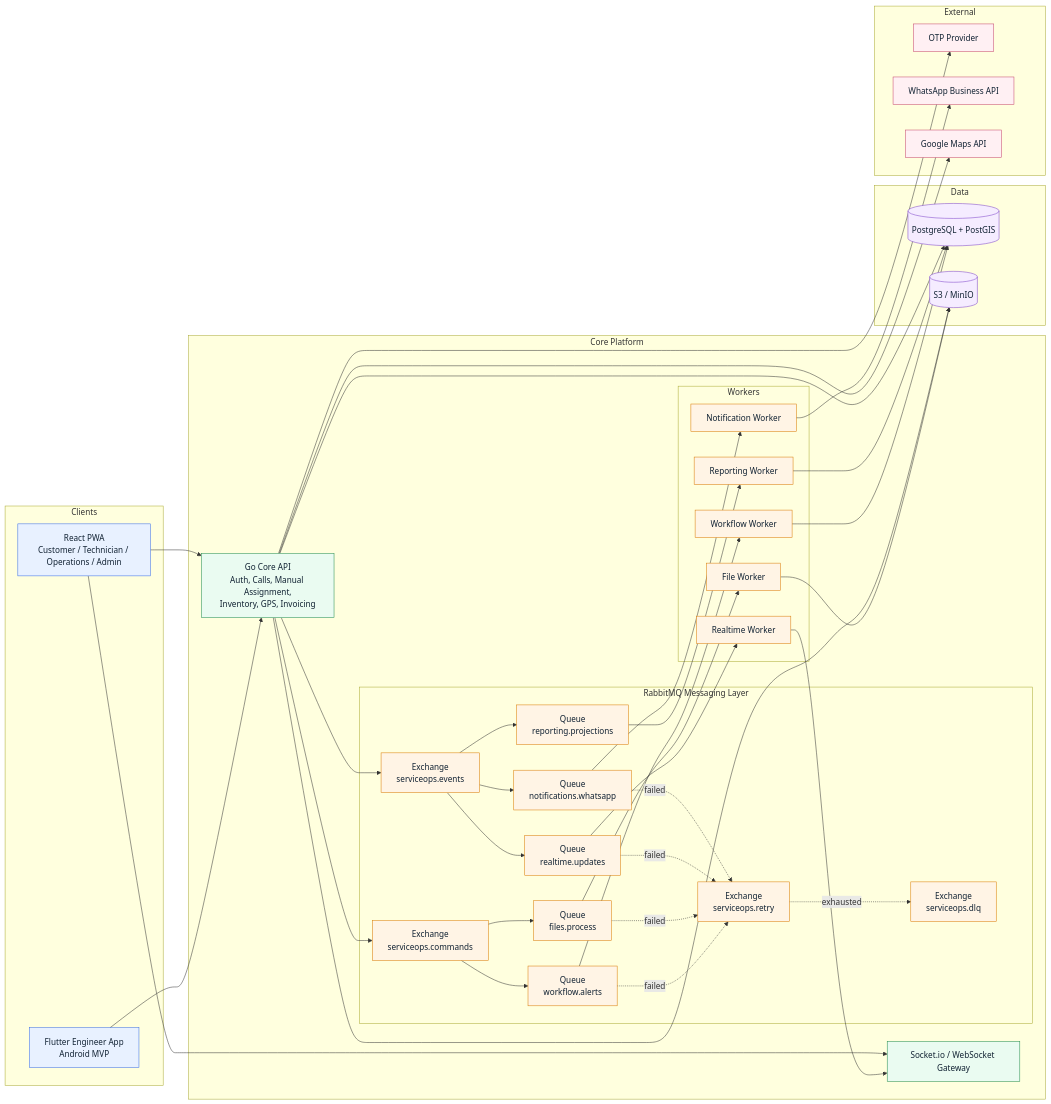
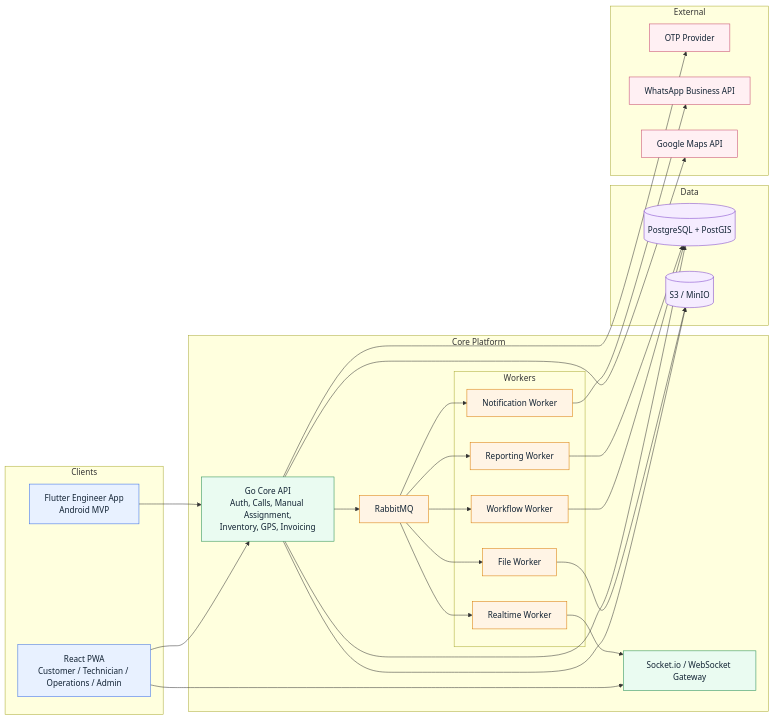
Before and after one commit to Rama12/EIPlatform1: the first of 3 diagrams in Readme.md, drawn with Mermaid. The commit also changed other lines of this file, not shown here.

Commit message:
Readme updated again

````diff
--- a/Readme.md
+++ b/Readme.md
@@ -42,76 +42,58 @@
 ```mermaid
 flowchart LR
     classDef client fill:#E8F1FF,stroke:#356AE6,color:#123;
     classDef core fill:#EAFBF1,stroke:#1F8A4C,color:#123;
     classDef async fill:#FFF4E5,stroke:#D97A00,color:#123;
     classDef data fill:#F5ECFF,stroke:#7A3EC8,color:#123;
     classDef ext fill:#FFF0F3,stroke:#C44569,color:#123;
 
     subgraph Clients
         PWA[React PWA<br/>Customer / Technician / Operations / Admin]
         ENGAPP[Flutter Engineer App<br/>Android MVP]
     end
 
     subgraph Core["Core Platform"]
         API[Go Core API<br/>Auth, Calls, Manual Assignment,<br/>Inventory, GPS, Invoicing]
         WS[Socket.io / WebSocket Gateway]
-        subgraph MQ["RabbitMQ Messaging Layer"]
-            EX1[Exchange<br/>serviceops.events]
-            EX2[Exchange<br/>serviceops.commands]
-            RETRY[Exchange<br/>serviceops.retry]
-            DLQ[Exchange<br/>serviceops.dlq]
-            QN[Queue<br/>notifications.whatsapp]
-            QR[Queue<br/>realtime.updates]
-            QF[Queue<br/>files.process]
-            QW[Queue<br/>workflow.alerts]
-            QREP[Queue<br/>reporting.projections]
-        end
-
+        MQ[RabbitMQ]
         subgraph Workers
             NOTIF[Notification Worker]
             REAL[Realtime Worker]
             FILE[File Worker]
             FLOW[Workflow Worker]
             REPORT[Reporting Worker]
         end
     end
 
     subgraph Data
         PG[(PostgreSQL + PostGIS)]
         S3[(S3 / MinIO)]
     end
 
     subgraph External
         OTP[OTP Provider]
         WA[WhatsApp Business API]
         MAPS[Google Maps API]
     end
 
     PWA --> API
     ENGAPP --> API
     PWA --> WS
     API --> PG
     API --> S3
     API --> OTP
     API --> MAPS
-    API --> EX1
-    API --> EX2
+    API --> MQ
 
-    EX1 --> QN --> NOTIF --> WA
-    EX1 --> QR --> REAL --> WS
-    EX1 --> QREP --> REPORT --> PG
-    EX2 --> QF --> FILE --> S3
-    EX2 --> QW --> FLOW --> PG
-
-    QN -.failed.-> RETRY
-    QR -.failed.-> RETRY
-    QF -.failed.-> RETRY
-    QW -.failed.-> RETRY
-    RETRY -.exhausted.-> DLQ
+    MQ --> NOTIF --> WA
+    MQ --> REAL --> WS
+    MQ --> FILE --> S3
+    MQ --> FLOW --> PG
+    MQ --> REPORT --> PG
 
     class PWA,ENGAPP client;
     class API,WS core;
-    class EX1,EX2,RETRY,DLQ,QN,QR,QF,QW,QREP,NOTIF,REAL,FILE,FLOW,REPORT async;
+    class MQ,NOTIF,REAL,FILE,FLOW,REPORT async;
     class PG,S3 data;
     class OTP,WA,MAPS ext;
 ```
````
